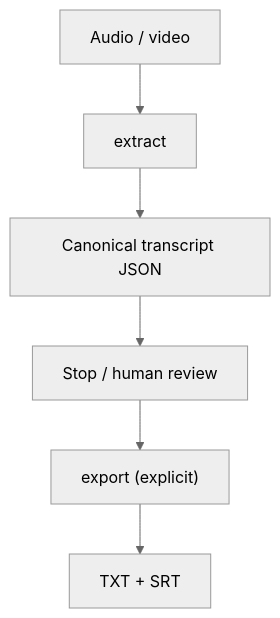
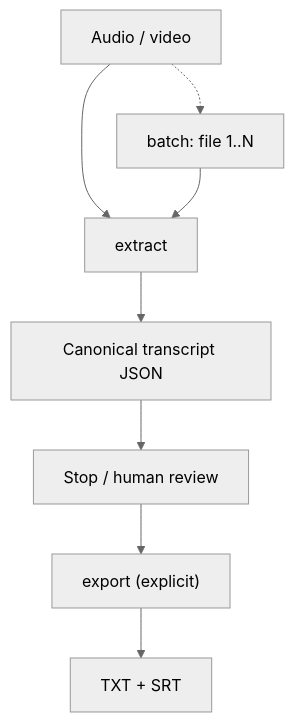
Before and after one commit to chau-hm/meeting-recording-processor: the first of 3 diagrams in ARCHITECTURE.md, drawn with Mermaid (neutral theme). The commit also changed other lines of this file and 17 other files, not shown here.

````diff
--- a/ARCHITECTURE.md
+++ b/ARCHITECTURE.md
@@ -10,8 +10,10 @@
 ```mermaid
 flowchart TD
     A["Audio / video"] --> B["extract"]
     B --> C["Canonical transcript JSON"]
     C --> D["Stop / human review"]
     D --> E["export (explicit)"]
     E --> F["TXT + SRT"]
+    A -.-> BATCH["batch: file 1..N"]
+    BATCH --> B
 ```
````
